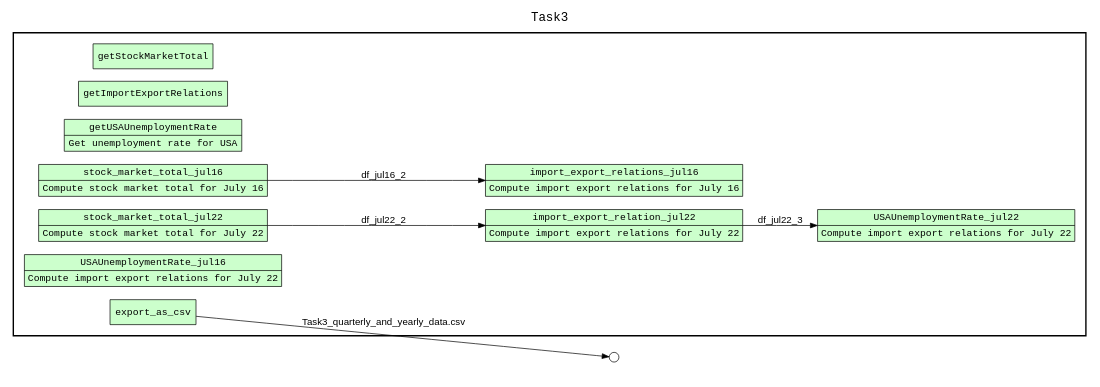
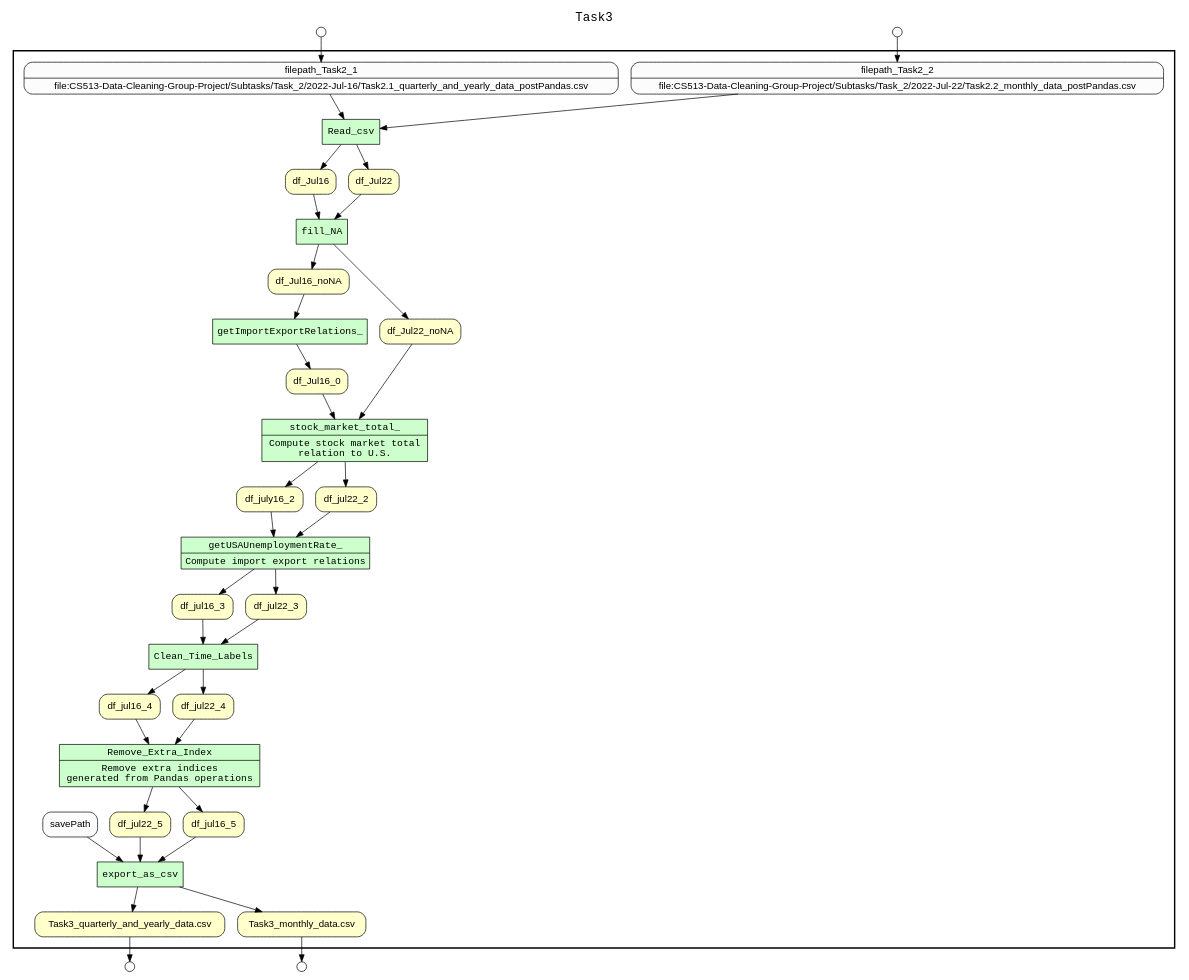
The diagram in Subtasks/Task_3/YesWorkflow_python/CS513_GroupProject_Task3.gv (ochiwan/CS513-Data-Cleaning-Group-Project), drawn with Graphviz before and after one commit. The commit also changed 25 other files, not shown here.

```diff
--- a/Subtasks/Task_3/YesWorkflow_python/CS513_GroupProject_Task3.gv
+++ b/Subtasks/Task_3/YesWorkflow_python/CS513_GroupProject_Task3.gv
@@ -1,35 +1,77 @@
 digraph Workflow {
-rankdir=LR
+rankdir=TB
 fontname=Courier; fontsize=18; labelloc=t
 label=Task3
 subgraph cluster_workflow_box_outer { label=""; color=black; penwidth=2
 subgraph cluster_workflow_box_inner { label=""; color=white
 node[shape=box style=filled fillcolor="#CCFFCC" peripheries=1 fontname=Courier]
-getStockMarketTotal
-getImportExportRelations
-getUSAUnemploymentRate [shape=record rankdir=LR label="{{<f0> getUSAUnemploymentRate |<f1> Get unemployment rate for USA}}"];
-stock_market_total_jul16 [shape=record rankdir=LR label="{{<f0> stock_market_total_jul16 |<f1> Compute stock market total for July 16}}"];
-stock_market_total_jul22 [shape=record rankdir=LR label="{{<f0> stock_market_total_jul22 |<f1> Compute stock market total for July 22}}"];
-import_export_relations_jul16 [shape=record rankdir=LR label="{{<f0> import_export_relations_jul16 |<f1> Compute import export relations for July 16}}"];
-import_export_relation_jul22 [shape=record rankdir=LR label="{{<f0> import_export_relation_jul22 |<f1> Compute import export relations for July 22}}"];
-USAUnemploymentRate_jul16 [shape=record rankdir=LR label="{{<f0> USAUnemploymentRate_jul16 |<f1> Compute import export relations for July 22}}"];
-USAUnemploymentRate_jul22 [shape=record rankdir=LR label="{{<f0> USAUnemploymentRate_jul22 |<f1> Compute import export relations for July 22}}"];
+Read_csv
+fill_NA
+getImportExportRelations_
+stock_market_total_ [shape=record rankdir=LR label="{<f0> stock_market_total_ |<f1> Compute stock market total \n relation to U.S.}"];
+getUSAUnemploymentRate_ [shape=record rankdir=LR label="{<f0> getUSAUnemploymentRate_ |<f1> Compute import export relations}"];
+Clean_Time_Labels
+Remove_Extra_Index [shape=record rankdir=LR label="{<f0> Remove_Extra_Index |<f1> Remove extra indices \n generated from Pandas operations}"];
 export_as_csv
-edge[fontname=Helvetica]
-stock_market_total_jul16 -> import_export_relations_jul16 [label=df_jul16_2]
-stock_market_total_jul22 -> import_export_relation_jul22 [label=df_jul22_2]
-import_export_relation_jul22 -> USAUnemploymentRate_jul22 [label=df_jul22_3]
+node[shape=box style="rounded,filled" fillcolor="#FFFFCC" peripheries=1 fontname=Helvetica]
+"Task3_quarterly_and_yearly_data.csv"
+"Task3_monthly_data.csv"
+df_Jul16
+df_Jul22
+df_Jul16_noNA
+df_Jul16_0
+df_Jul22_noNA
+df_july16_2
+df_jul22_2
+df_jul16_3
+df_jul22_3
+df_jul16_4
+df_jul22_4
+df_jul16_5
+df_jul22_5
+node[shape=box style="rounded,filled" fillcolor="#FCFCFC" peripheries=1 fontname=Helvetica]
+filepath_Task2_1 [shape=record rankdir=LR label="{<f0> filepath_Task2_1 |<f1> file\:CS513-Data-Cleaning-Group-Project/Subtasks/Task_2/2022-Jul-16/Task2.1_quarterly_and_yearly_data_postPandas.csv}"];
+filepath_Task2_2 [shape=record rankdir=LR label="{<f0> filepath_Task2_2 |<f1> file\:CS513-Data-Cleaning-Group-Project/Subtasks/Task_2/2022-Jul-22/Task2.2_monthly_data_postPandas.csv}"];
+Read_csv -> df_Jul16
+Read_csv -> df_Jul22
+filepath_Task2_1 -> Read_csv
+filepath_Task2_2 -> Read_csv
+fill_NA -> df_Jul16_noNA
+fill_NA -> df_Jul22_noNA
+df_Jul16 -> fill_NA
+df_Jul22 -> fill_NA
+getImportExportRelations_ -> df_Jul16_0
+df_Jul16_noNA -> getImportExportRelations_
+stock_market_total_ -> df_july16_2
+stock_market_total_ -> df_jul22_2
+df_Jul16_0 -> stock_market_total_
+df_Jul22_noNA -> stock_market_total_
+getUSAUnemploymentRate_ -> df_jul16_3
+getUSAUnemploymentRate_ -> df_jul22_3
+df_july16_2 -> getUSAUnemploymentRate_
+df_jul22_2 -> getUSAUnemploymentRate_
+Clean_Time_Labels -> df_jul16_4
+Clean_Time_Labels -> df_jul22_4
+df_jul16_3 -> Clean_Time_Labels
+df_jul22_3 -> Clean_Time_Labels
+Remove_Extra_Index -> df_jul16_5
+Remove_Extra_Index -> df_jul22_5
+df_jul16_4 -> Remove_Extra_Index
+df_jul22_4 -> Remove_Extra_Index
+export_as_csv -> "Task3_quarterly_and_yearly_data.csv"
+export_as_csv -> "Task3_monthly_data.csv"
+savePath -> export_as_csv
+df_jul16_5 -> export_as_csv
+df_jul22_5 -> export_as_csv
 }}
-subgraph cluster_input_ports_group_outer { label=""; color=white
-subgraph cluster_input_ports_group_inner { label=""; color=white
-node[shape=circle style=filled fillcolor="#FFFFFF" peripheries=1 fontname=Courier width=0.2]
-}}
-subgraph cluster_output_ports_group_outer { label=""; color=white
-subgraph cluster_output_ports_group_inner { label=""; color=white
-node[shape=circle style=filled fillcolor="#FFFFFF" peripheries=1 fontname=Courier width=0.2]
+node[shape=circle style="rounded,filled" fillcolor="#FFFFFF" peripheries=1 fontname=Helvetica width=0.2]
+filepath_Task2_1_input_port [label=""]
+filepath_Task2_2_input_port [label=""]
+node[shape=circle style="rounded,filled" fillcolor="#FFFFFF" peripheries=1 fontname=Helvetica width=0.2]
 "Task3_quarterly_and_yearly_data.csv_output_port" [label=""]
-}}
-edge[fontname=Helvetica]
-edge[fontname=Helvetica]
-export_as_csv -> "Task3_quarterly_and_yearly_data.csv_output_port" [label="Task3_quarterly_and_yearly_data.csv"]
+"Task3_monthly_data.csv_output_port" [label=""]
+filepath_Task2_1_input_port -> filepath_Task2_1
+filepath_Task2_2_input_port -> filepath_Task2_2
+"Task3_quarterly_and_yearly_data.csv" -> "Task3_quarterly_and_yearly_data.csv_output_port"
+"Task3_monthly_data.csv" -> "Task3_monthly_data.csv_output_port"
 }
```
